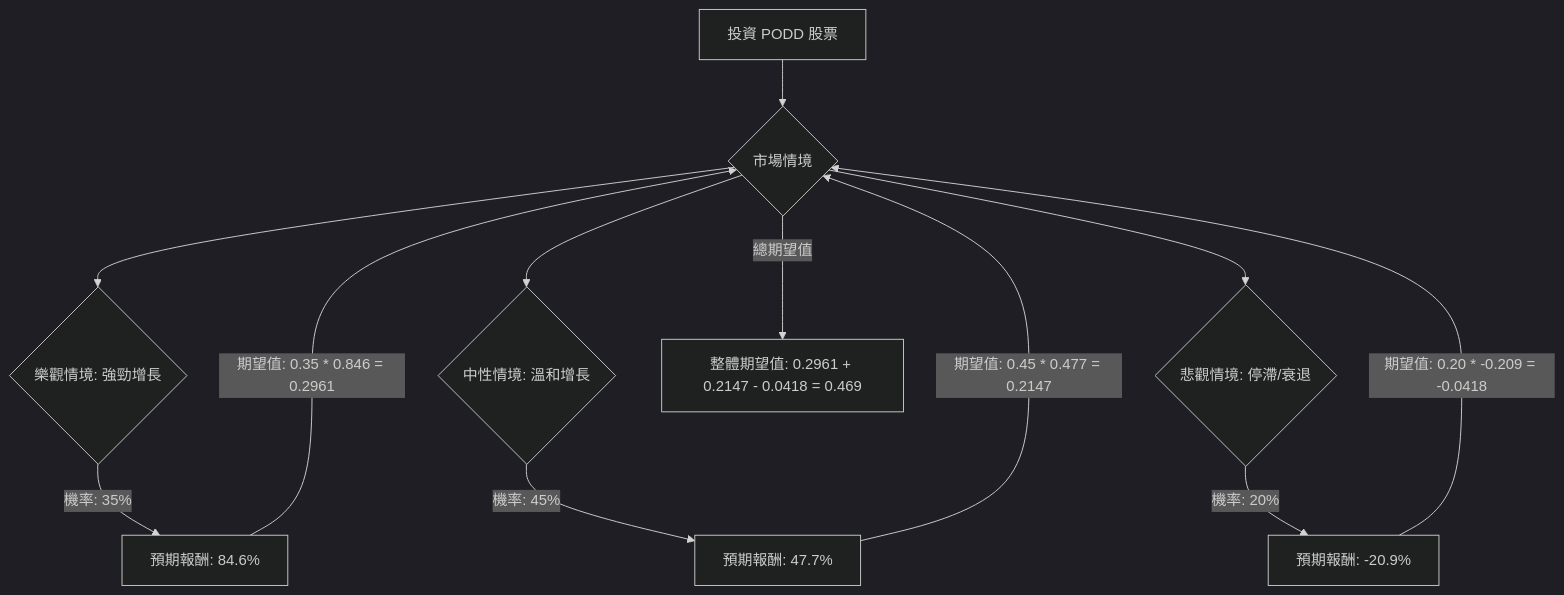
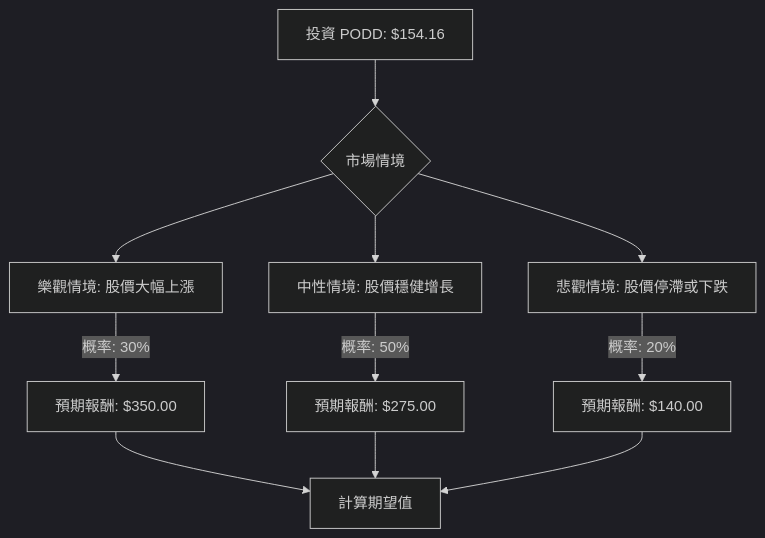
One commit to zmcx16/zmcx16.github.io changed the diagram in plugin-react/ai-analysis/ev-analysis/PODD.md. Above: the diagram before and after it, drawn with Mermaid (dark theme). The commit also changed other lines of this file and 79 other files, not shown here.

````diff
--- a/plugin-react/ai-analysis/ev-analysis/PODD.md
+++ b/plugin-react/ai-analysis/ev-analysis/PODD.md
@@ -90,18 +37,17 @@
 ```mermaid
 graph TD
-    A[投資 PODD 股票] --> B{市場情境}
+    A[投資 PODD: $154.16] --> B{市場情境}
 
-    B --> C{樂觀情境: 強勁增長}
-    C -- 機率: 35% --> C1[預期報酬: 84.6%]
-    C1 -- 期望值: 0.35 * 0.846 = 0.2961 --> B
+    B --> C1[樂觀情境: 股價大幅上漲]
+    C1 -- 概率: 30% --> C1_EV[預期報酬: $350.00]
 
-    B --> D{中性情境: 溫和增長}
-    D -- 機率: 45% --> D1[預期報酬: 47.7%]
-    D1 -- 期望值: 0.45 * 0.477 = 0.2147 --> B
+    B --> C2[中性情境: 股價穩健增長]
+    C2 -- 概率: 50% --> C2_EV[預期報酬: $275.00]
 
-    B --> E{悲觀情境: 停滯/衰退}
-    E -- 機率: 20% --> E1[預期報酬: -20.9%]
-    E1 -- 期望值: 0.20 * -0.209 = -0.0418 --> B
+    B --> C3[悲觀情境: 股價停滯或下跌]
+    C3 -- 概率: 20% --> C3_EV[預期報酬: $140.00]
 
-    B -- 總期望值 --> F[整體期望值: 0.2961 + 0.2147 - 0.0418 = 0.469]
+    C1_EV --> D[計算期望值]
+    C2_EV --> D
+    C3_EV --> D
 ```
````
